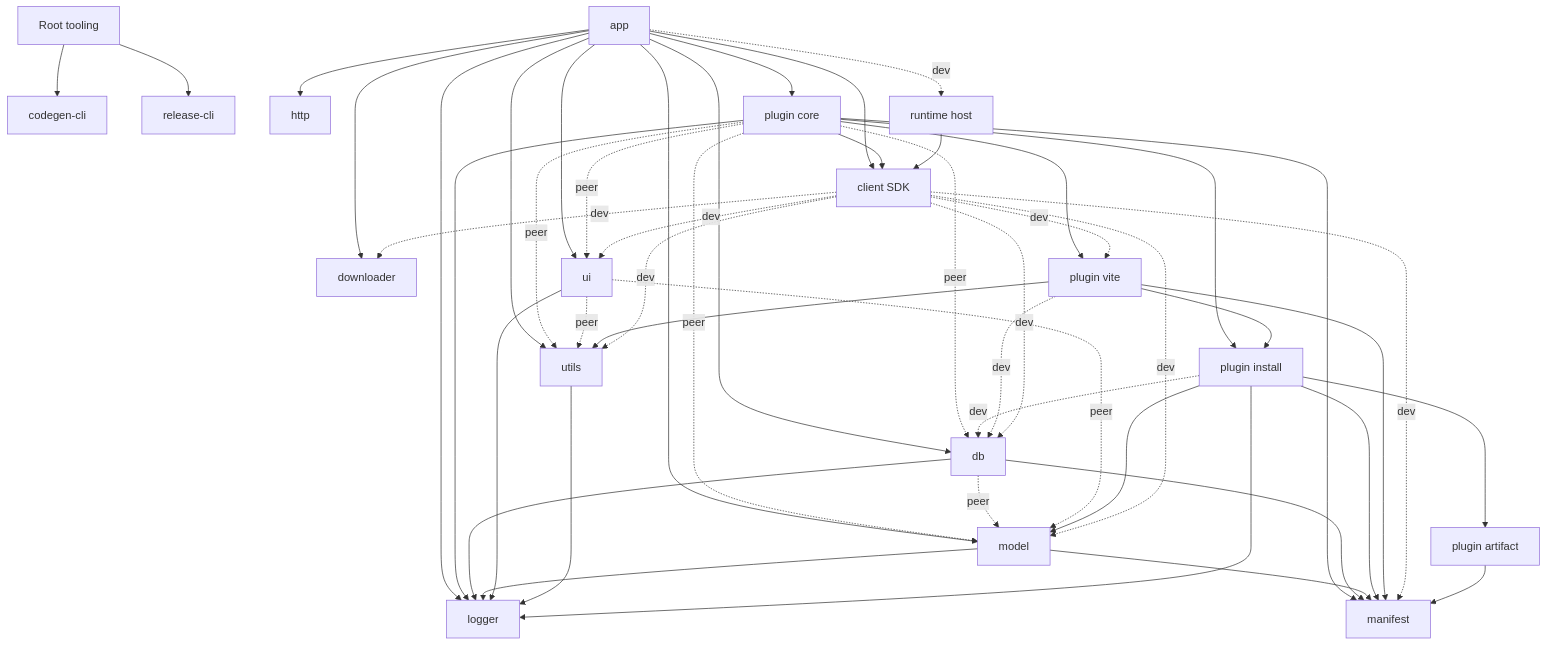
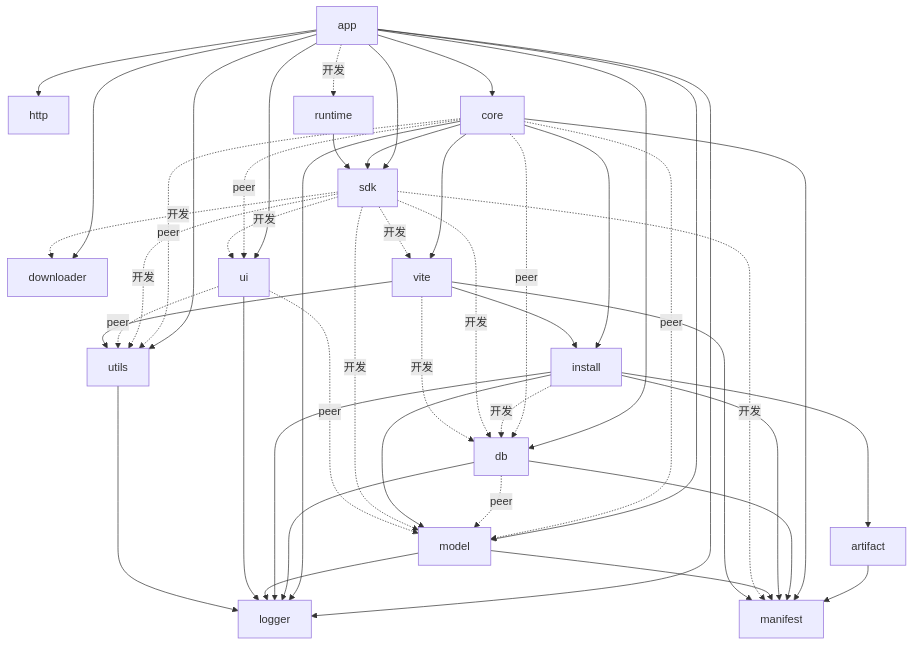
The second of 3 diagrams in .planning/monorepo-dependencies.md (delta-comic/delta-comic), drawn with Mermaid before and after one commit. The commit also changed other lines of this file and 592 other files, not shown here.

````diff
--- a/.planning/monorepo-dependencies.md
+++ b/.planning/monorepo-dependencies.md
@@ -9,58 +28,49 @@
 ```mermaid
 flowchart TD
-  root[Root tooling] --> codegen[codegen-cli]
-  root --> release[release-cli]
-
-  app --> client[client SDK]
-  app --> db[db]
-  app --> downloader[downloader]
-  app --> http[http]
-  app --> logger[logger]
-  app --> model[model]
-  app --> plugin[plugin core]
-  app --> ui[ui]
-  app --> utils[utils]
-  app -. dev .-> runtime[runtime host]
-
-  plugin --> client
-  plugin --> logger
-  plugin --> manifest[manifest]
-  plugin --> install[plugin install]
-  plugin --> vite[plugin vite]
-  plugin -. peer .-> db
-  plugin -. peer .-> model
-  plugin -. peer .-> ui
-  plugin -. peer .-> utils
-
+  app --> sdk
+  app --> db
+  app --> downloader
+  app --> http
+  app --> logger
+  app --> model
+  app --> core
+  app --> ui
+  app --> utils
+  app -. 开发 .-> runtime
+  artifact --> manifest
+  core --> sdk
+  core --> logger
+  core --> manifest
+  core --> install
+  core --> vite
+  core -. peer .-> db
+  core -. peer .-> model
+  core -. peer .-> ui
+  core -. peer .-> utils
   db --> logger
   db --> manifest
   db -. peer .-> model
+  install --> logger
+  install --> manifest
+  install --> model
+  install --> artifact
+  install -. 开发 .-> db
   model --> logger
   model --> manifest
+  runtime --> sdk
+  sdk -. 开发 .-> db
+  sdk -. 开发 .-> downloader
+  sdk -. 开发 .-> manifest
+  sdk -. 开发 .-> model
+  sdk -. 开发 .-> vite
+  sdk -. 开发 .-> ui
+  sdk -. 开发 .-> utils
   ui --> logger
   ui -. peer .-> model
   ui -. peer .-> utils
   utils --> logger
-
-  install --> logger
-  install --> manifest
-  install --> model
-  install --> artifact[plugin artifact]
-  install -. dev .-> db
-
   vite --> manifest
   vite --> install
   vite --> utils
-  vite -. dev .-> db
-
-  client -. dev .-> db
-  client -. dev .-> downloader
-  client -. dev .-> manifest
-  client -. dev .-> model
-  client -. dev .-> vite
-  client -. dev .-> ui
-  client -. dev .-> utils
-
-  runtime --> client
-  artifact --> manifest
+  vite -. 开发 .-> db
 ```
````
